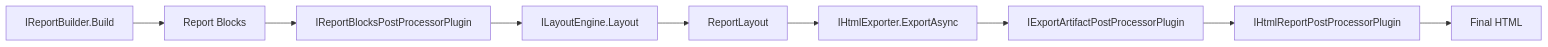
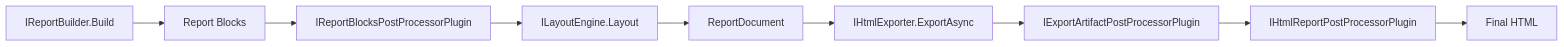
Before and after one commit to Netcodr81/kinetic-reports: the second of 2 diagrams in docs/08-plugin-development-guide.md, drawn with Mermaid. The commit also changed other lines of this file and 53 other files, not shown here.

First line of the commit message:
Refactor report layout and rendering components

````diff
--- a/docs/08-plugin-development-guide.md
+++ b/docs/08-plugin-development-guide.md
@@ -44,11 +44,11 @@
 ```mermaid
 flowchart LR
 	A[IReportBuilder.Build] --> B[Report Blocks]
 	B --> C[IReportBlocksPostProcessorPlugin]
 	C --> D[ILayoutEngine.Layout]
-	D --> E[ReportLayout]
+	D --> E[ReportDocument]
 	E --> F[IHtmlExporter.ExportAsync]
 	F --> G[IExportArtifactPostProcessorPlugin]
 	G --> H[IHtmlReportPostProcessorPlugin]
 	H --> I[Final HTML]
 ```
````
